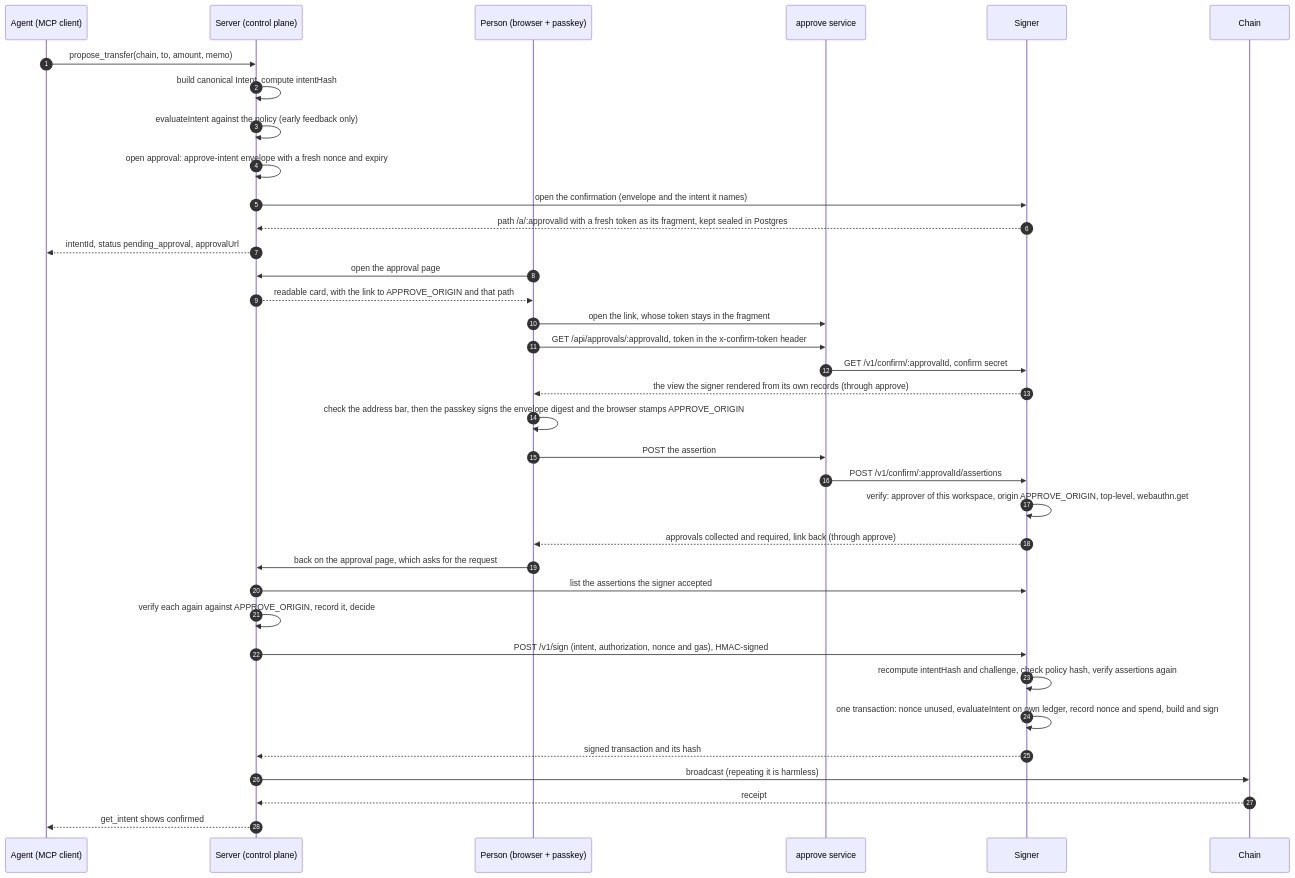
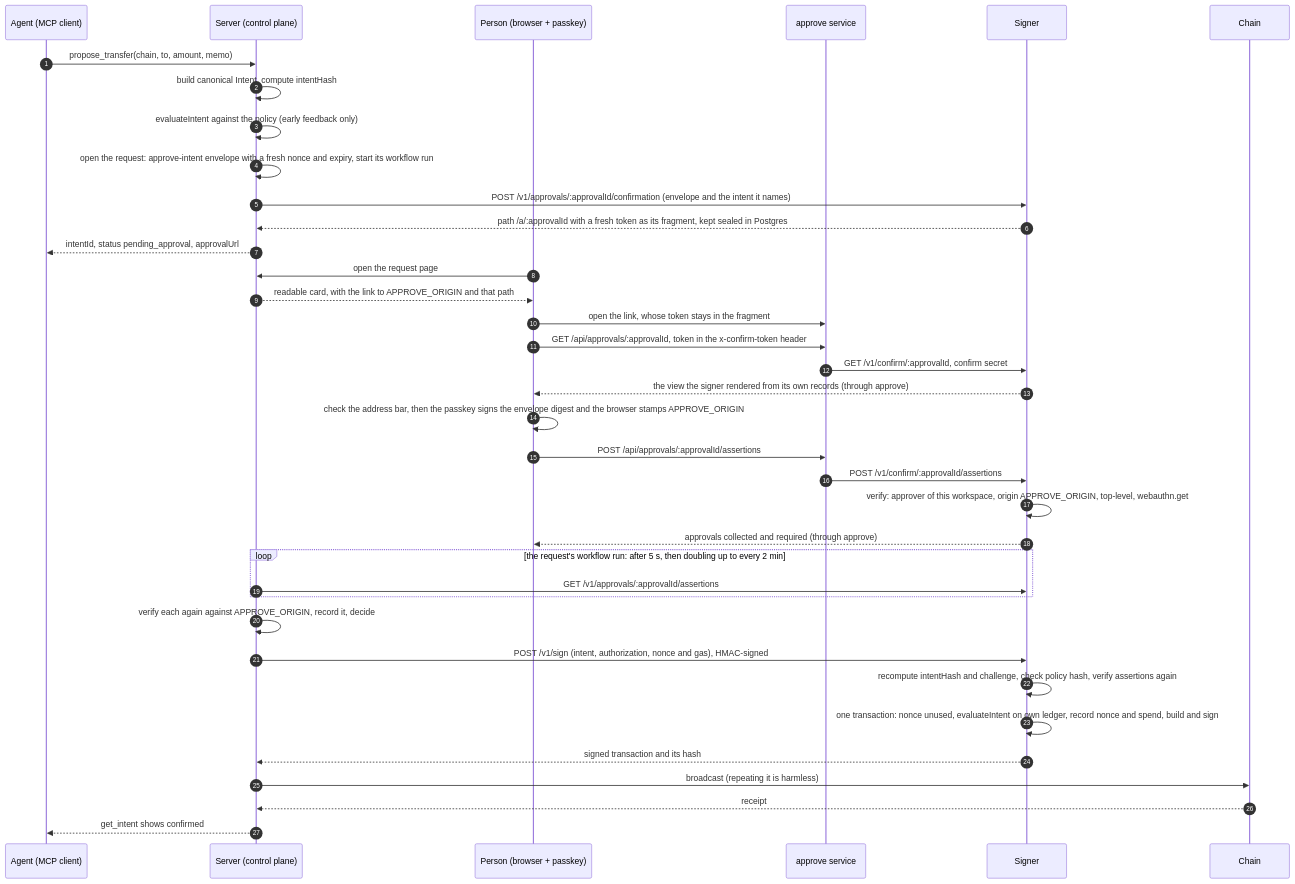
One commit to askgina/os changed the third of 10 diagrams in docs/architecture.md. Above: the diagram before and after it, drawn with Mermaid. The commit also changed other lines of this file and 37 other files, not shown here.

````diff
--- a/docs/architecture.md
+++ b/docs/architecture.md
@@ -222,38 +235,39 @@
 ```mermaid
 sequenceDiagram
   autonumber
   participant Ag as Agent (MCP client)
   participant S as Server (control plane)
   participant P as Person (browser + passkey)
   participant A as approve service
   participant G as Signer
   participant Ch as Chain
   Ag->>S: propose_transfer(chain, to, amount, memo)
   S->>S: build canonical Intent, compute intentHash
   S->>S: evaluateIntent against the policy (early feedback only)
-  S->>S: open approval: approve-intent envelope with a fresh nonce and expiry
-  S->>G: open the confirmation (envelope and the intent it names)
+  S->>S: open the request: approve-intent envelope with a fresh nonce and expiry, start its workflow run
+  S->>G: POST /v1/approvals/:approvalId/confirmation (envelope and the intent it names)
   G-->>S: path /a/:approvalId with a fresh token as its fragment, kept sealed in Postgres
   S-->>Ag: intentId, status pending_approval, approvalUrl
-  P->>S: open the approval page
+  P->>S: open the request page
   S-->>P: readable card, with the link to APPROVE_ORIGIN and that path
   P->>A: open the link, whose token stays in the fragment
   P->>A: GET /api/approvals/:approvalId, token in the x-confirm-token header
   A->>G: GET /v1/confirm/:approvalId, confirm secret
   G-->>P: the view the signer rendered from its own records (through approve)
   P->>P: check the address bar, then the passkey signs the envelope digest and the browser stamps APPROVE_ORIGIN
-  P->>A: POST the assertion
+  P->>A: POST /api/approvals/:approvalId/assertions
   A->>G: POST /v1/confirm/:approvalId/assertions
   G->>G: verify: approver of this workspace, origin APPROVE_ORIGIN, top-level, webauthn.get
-  G-->>P: approvals collected and required, link back (through approve)
-  P->>S: back on the approval page, which asks for the request
-  S->>G: list the assertions the signer accepted
+  G-->>P: approvals collected and required (through approve)
+  loop the request's workflow run: after 5 s, then doubling up to every 2 min
+    S->>G: GET /v1/approvals/:approvalId/assertions
+  end
   S->>S: verify each again against APPROVE_ORIGIN, record it, decide
   S->>G: POST /v1/sign (intent, authorization, nonce and gas), HMAC-signed
   G->>G: recompute intentHash and challenge, check policy hash, verify assertions again
   G->>G: one transaction: nonce unused, evaluateIntent on own ledger, record nonce and spend, build and sign
   G-->>S: signed transaction and its hash
   S->>Ch: broadcast (repeating it is harmless)
   Ch-->>S: receipt
   S-->>Ag: get_intent shows confirmed
 ```
````
